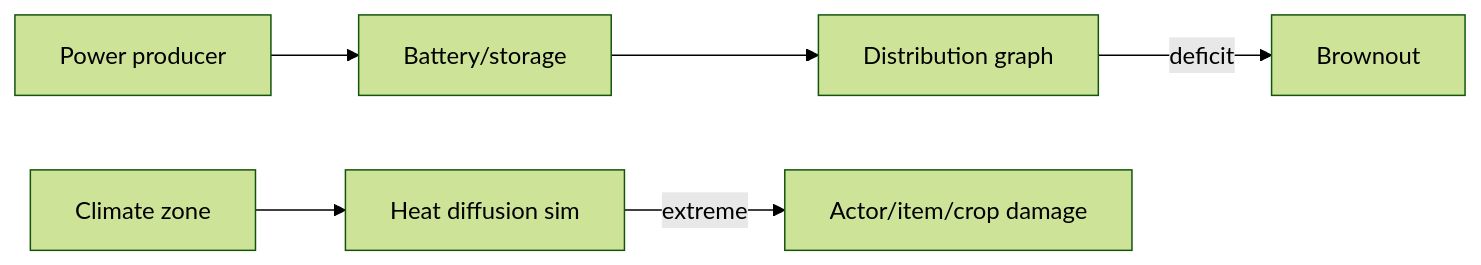
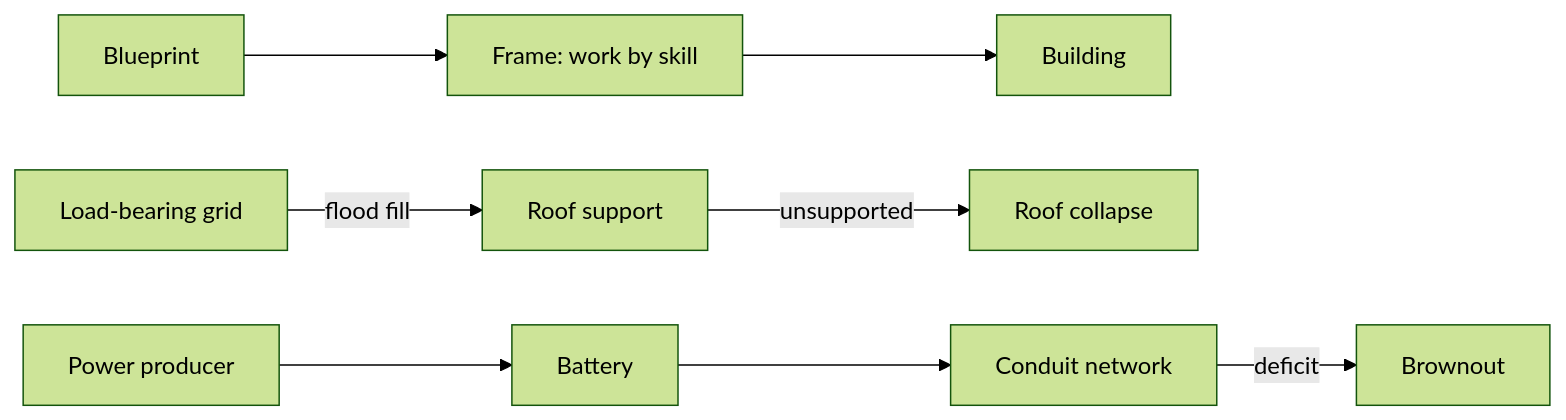
Before and after one commit to m2windham/simWorld: the sixth of 8 diagrams in docs/spec/simworld-spec.md, drawn with Mermaid (forest theme). The commit also changed other lines of this file and 2 other files, not shown here.

````diff
--- a/docs/spec/simworld-spec.md
+++ b/docs/spec/simworld-spec.md
@@ -210,8 +259,10 @@
 ```mermaid
 flowchart LR
-  Producer[Power producer] --> Storage[Battery/storage]
-  Storage --> Grid[Distribution graph]
+  Blueprint --> Frame[Frame: work by skill]
+  Frame --> Building
+  Wall[Load-bearing grid] -->|flood fill| Support[Roof support]
+  Support -->|unsupported| Collapse[Roof collapse]
+  Producer[Power producer] --> Storage[Battery]
+  Storage --> Grid[Conduit network]
   Grid -->|deficit| Brownout
-  Zone[Climate zone] --> Diffusion[Heat diffusion sim]
-  Diffusion -->|extreme| Damage[Actor/item/crop damage]
 ```
````
